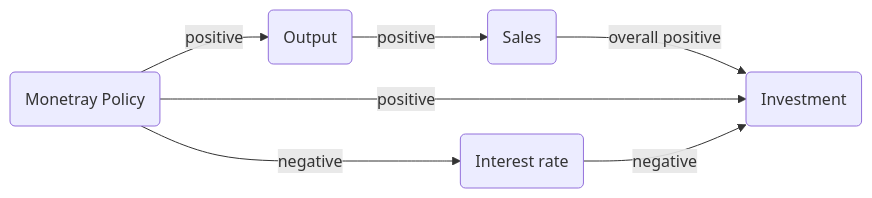
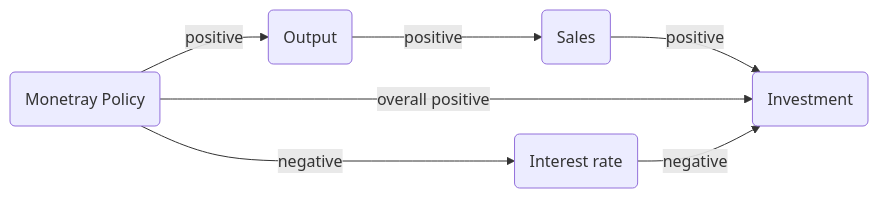
One commit to JermaineChen404/JermaineChen404.github.io changed the third of 4 diagrams in docs/ECON2123/The IS-LM Model.md. Above: the diagram before and after it, drawn with Mermaid. The commit also changed 22 other files, not shown here.

````diff
--- a/docs/ECON2123/The IS-LM Model.md
+++ b/docs/ECON2123/The IS-LM Model.md
@@ -142,9 +142,9 @@
 ```mermaid
 flowchart LR
 	6(Monetray Policy) -->|positive|7(Output)
 	6 -->|negative| 8(Interest rate)
 	7 -->|positive| 9(Sales)
-	9 -->|overall positive| 10(Investment)
-	6 -->|positive| 10
+	9 -->|positive| 10(Investment)
+	6 -->|overall positive| 10
 	8 -->|negative| 10
 ```
````
